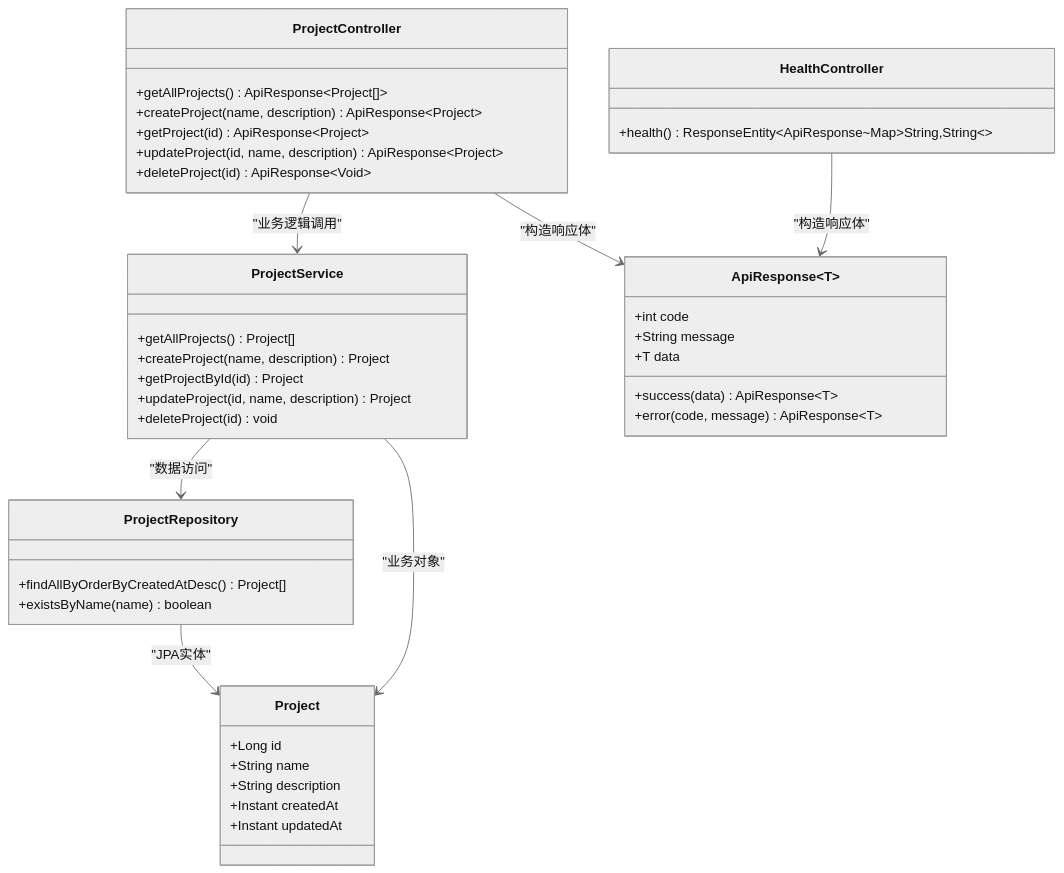
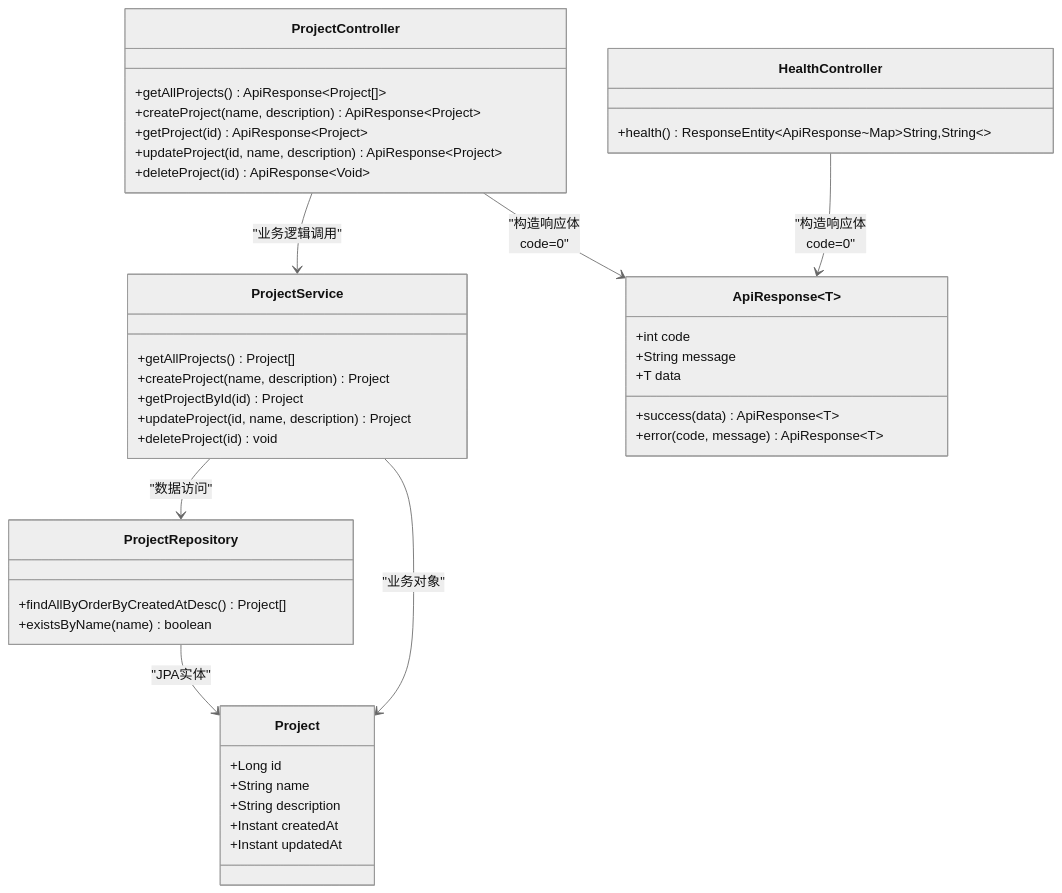
One commit to zhou9832/test1-qoder changed the third of 3 diagrams in .qoder/repowiki/zh/content/后端架构/API控制器层.md. Above: the diagram before and after it, drawn with Mermaid (neutral theme). The commit also changed other lines of this file and 59 other files, not shown here.

````diff
--- a/.qoder/repowiki/zh/content/后端架构/API控制器层.md
+++ b/.qoder/repowiki/zh/content/后端架构/API控制器层.md
@@ -225,44 +232,44 @@
 ```mermaid
 classDiagram
 class HealthController {
 +health() ResponseEntity~ApiResponse~Map~String,String~~
 }
 class ProjectController {
 +getAllProjects() ApiResponse~Project[]~
 +createProject(name, description) ApiResponse~Project~
 +getProject(id) ApiResponse~Project~
 +updateProject(id, name, description) ApiResponse~Project~
 +deleteProject(id) ApiResponse~Void~
 }
 class ProjectService {
 +getAllProjects() Project[]
 +createProject(name, description) Project
 +getProjectById(id) Project
 +updateProject(id, name, description) Project
 +deleteProject(id) void
 }
 class ProjectRepository {
 +findAllByOrderByCreatedAtDesc() Project[]
 +existsByName(name) boolean
 }
 class ApiResponse~T~ {
 +int code
 +String message
 +T data
 +success(data) ApiResponse~T~
 +error(code, message) ApiResponse~T~
 }
 class Project {
 +Long id
 +String name
 +String description
 +Instant createdAt
 +Instant updatedAt
 }
-HealthController --> ApiResponse : "构造响应体"
+HealthController --> ApiResponse : "构造响应体<br/>code=0"
 ProjectController --> ProjectService : "业务逻辑调用"
-ProjectController --> ApiResponse : "构造响应体"
+ProjectController --> ApiResponse : "构造响应体<br/>code=0"
 ProjectService --> ProjectRepository : "数据访问"
 ProjectService --> Project : "业务对象"
 ProjectRepository --> Project : "JPA实体"
 ```
````
